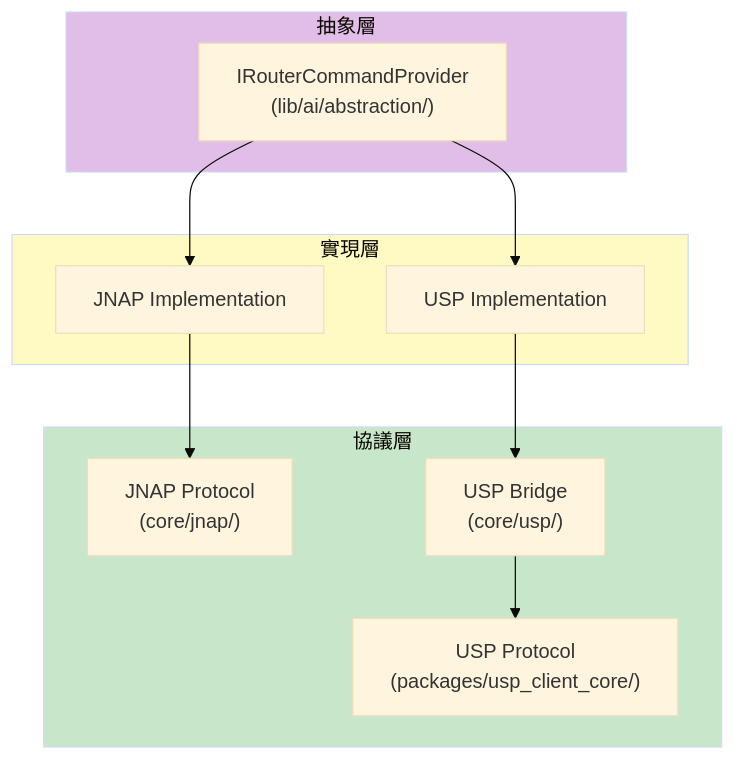
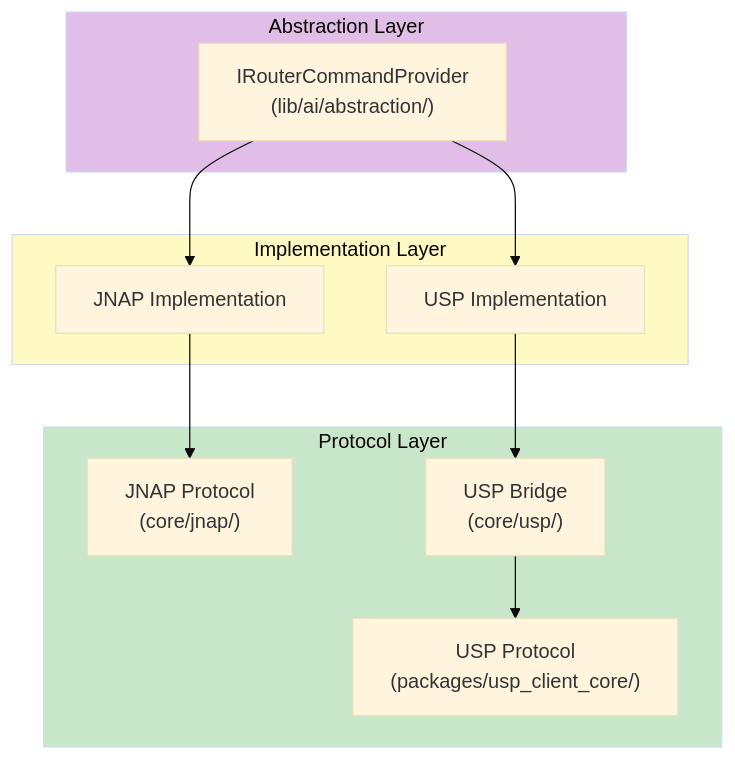
One commit to linksys/PrivacyGUI changed the ninth of 12 diagrams in doc/architecture_analysis_2026-01-16.md. Above: the diagram before and after it, drawn with Mermaid (base theme). The commit also changed other lines of this file and 58 other files, not shown here.

````diff
--- a/doc/architecture_analysis_2026-01-16.md
+++ b/doc/architecture_analysis_2026-01-16.md
@@ -398,27 +398,27 @@
 ```mermaid
 graph TB
-    subgraph AbstractionLayer["抽象層"]
+    subgraph AbstractionLayer["Abstraction Layer"]
         IProvider["IRouterCommandProvider<br/>(lib/ai/abstraction/)"]
     end
     
-    subgraph Implementations["實現層"]
+    subgraph Implementations["Implementation Layer"]
         JNAPImpl["JNAP Implementation"]
         USPImpl["USP Implementation"]
     end
     
-    subgraph Protocols["協議層"]
+    subgraph Protocols["Protocol Layer"]
         JNAP["JNAP Protocol<br/>(core/jnap/)"]
         USP["USP Protocol<br/>(packages/usp_client_core/)"]
         Bridge["USP Bridge<br/>(core/usp/)"]
     end
     
     IProvider --> JNAPImpl
     IProvider --> USPImpl
     JNAPImpl --> JNAP
     USPImpl --> Bridge
     Bridge --> USP
     
     style AbstractionLayer fill:#e1bee7
     style Implementations fill:#fff9c4
     style Protocols fill:#c8e6c9
 ```
````
